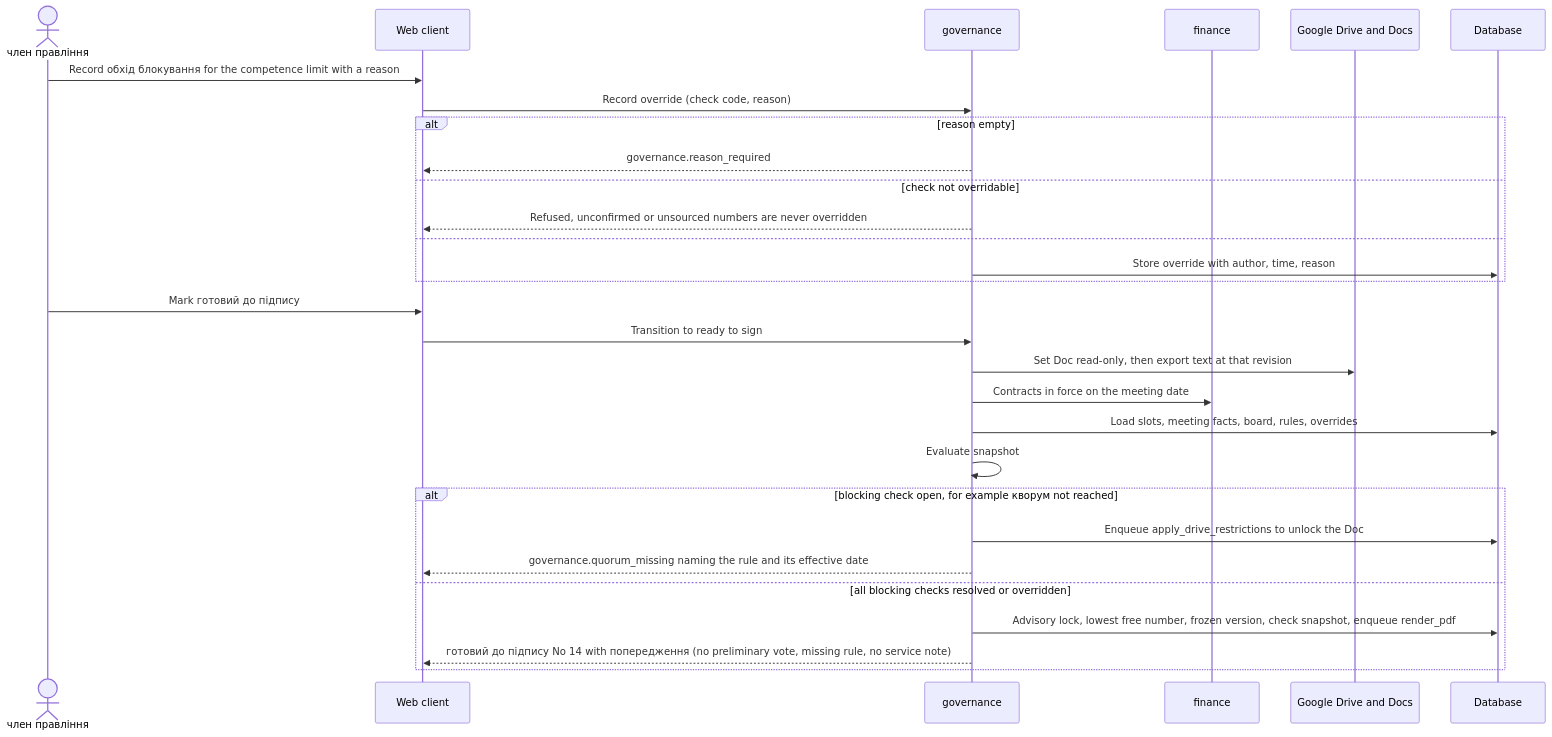
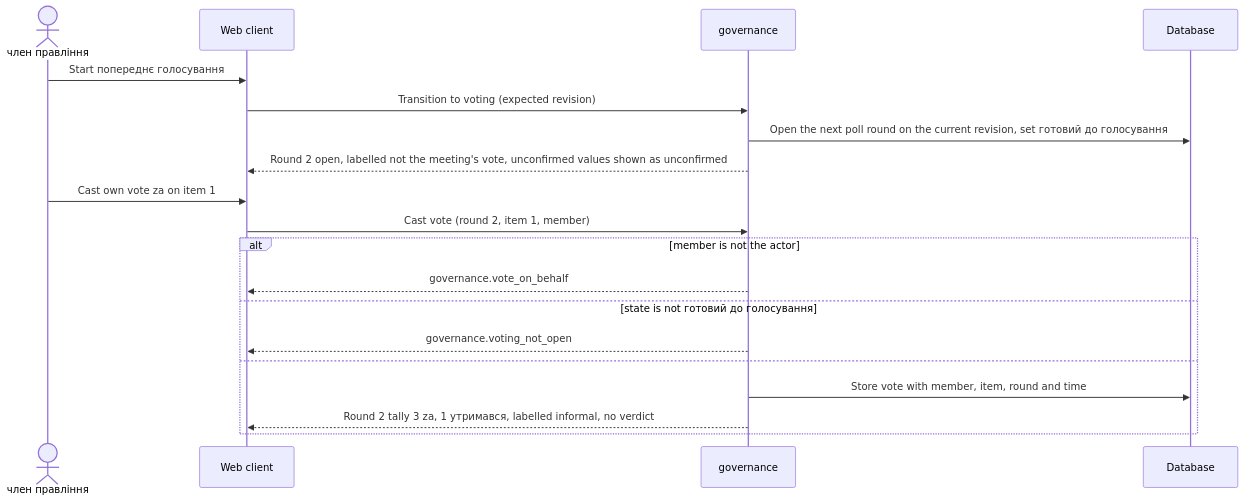
The fifth of 13 diagrams in docs/features/board-protocol/sad.ao-architecture.md (AndriiOpryshko/spilno), drawn with Mermaid before and after one commit. The commit also changed other lines of this file and 21 other files, not shown here.

First line of the commit message:
board-protocol: align ao-architecture SAD with Stage 1 scope and the shared decisions

````diff
--- a/docs/features/board-protocol/sad.ao-architecture.md
+++ b/docs/features/board-protocol/sad.ao-architecture.md
@@ -283,31 +298,21 @@
 ```mermaid
 sequenceDiagram
     actor M as член правління
     participant web as Web client
     participant gov as governance
-    participant fin as finance
-    participant drive as Google Drive and Docs
     participant db as Database
-    M->>web: Record обхід блокування for the competence limit with a reason
-    web->>gov: Record override (check code, reason)
-    alt reason empty
-        gov-->>web: governance.reason_required
-    else check not overridable
-        gov-->>web: Refused, unconfirmed or unsourced numbers are never overridden
+    M->>web: Start попереднє голосування
+    web->>gov: Transition to voting (expected revision)
+    gov->>db: Open the next poll round on the current revision, set готовий до голосування
+    gov-->>web: Round 2 open, labelled not the meeting's vote, unconfirmed values shown as unconfirmed
+    M->>web: Cast own vote za on item 1
+    web->>gov: Cast vote (round 2, item 1, member)
+    alt member is not the actor
+        gov-->>web: governance.vote_on_behalf
+    else state is not готовий до голосування
+        gov-->>web: governance.voting_not_open
     else
-        gov->>db: Store override with author, time, reason
-    end
-    M->>web: Mark готовий до підпису
-    web->>gov: Transition to ready to sign
-    gov->>drive: Set Doc read-only, then export text at that revision
-    gov->>fin: Contracts in force on the meeting date
-    gov->>db: Load slots, meeting facts, board, rules, overrides
-    gov->>gov: Evaluate snapshot
-    alt blocking check open, for example кворум not reached
-        gov->>db: Enqueue apply_drive_restrictions to unlock the Doc
-        gov-->>web: governance.quorum_missing naming the rule and its effective date
-    else all blocking checks resolved or overridden
-        gov->>db: Advisory lock, lowest free number, frozen version, check snapshot, enqueue render_pdf
-        gov-->>web: готовий до підпису No 14 with попередження (no preliminary vote, missing rule, no service note)
+        gov->>db: Store vote with member, item, round and time
+        gov-->>web: Round 2 tally 3 za, 1 утримався, labelled informal, no verdict
     end
 ```
````
